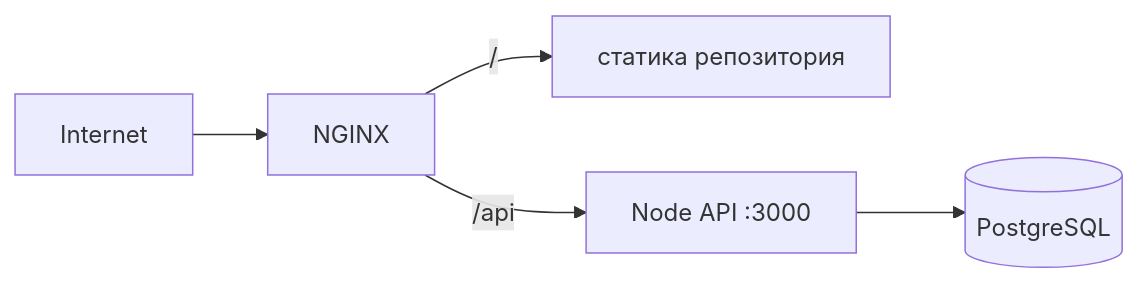
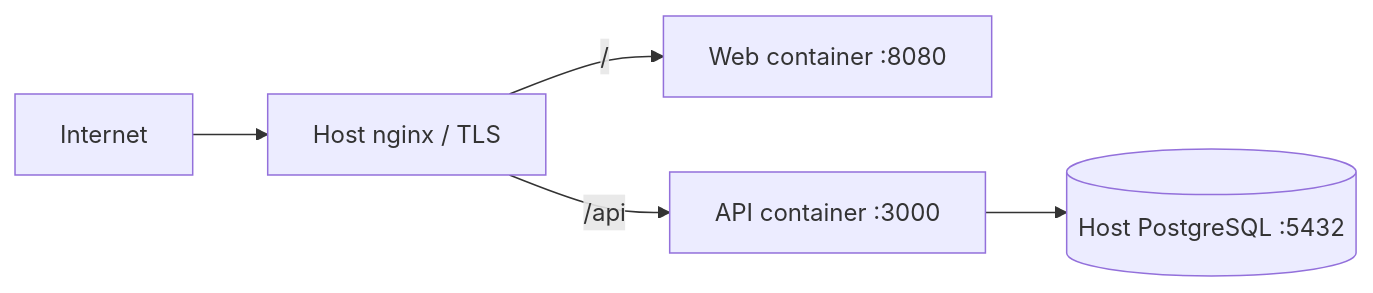
One commit to web-emocog/web-emocog-core changed the fourth of 4 diagrams in README.md. Above: the diagram before and after it, drawn with Mermaid. The commit also changed other lines of this file and 9 other files, not shown here.

````diff
--- a/README.md
+++ b/README.md
@@ -571,7 +573,7 @@
 ```mermaid
 flowchart LR
-  Internet --> NGINX
-  NGINX -->|/| STATIC[статика репозитория]
-  NGINX -->|/api| NODE[Node API :3000]
-  NODE --> PG[(PostgreSQL)]
+  Internet --> HOST_NGINX[Host nginx / TLS]
+  HOST_NGINX -->|/| WEB[Web container :8080]
+  HOST_NGINX -->|/api| API[API container :3000]
+  API --> PG[(Host PostgreSQL :5432)]
 ```
````
